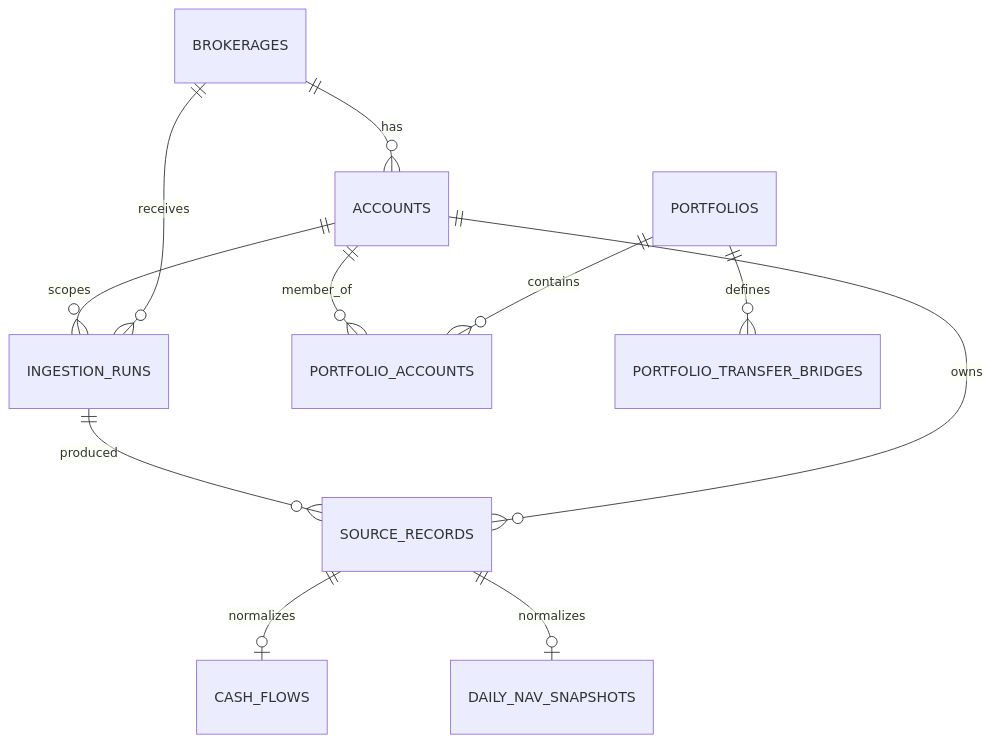
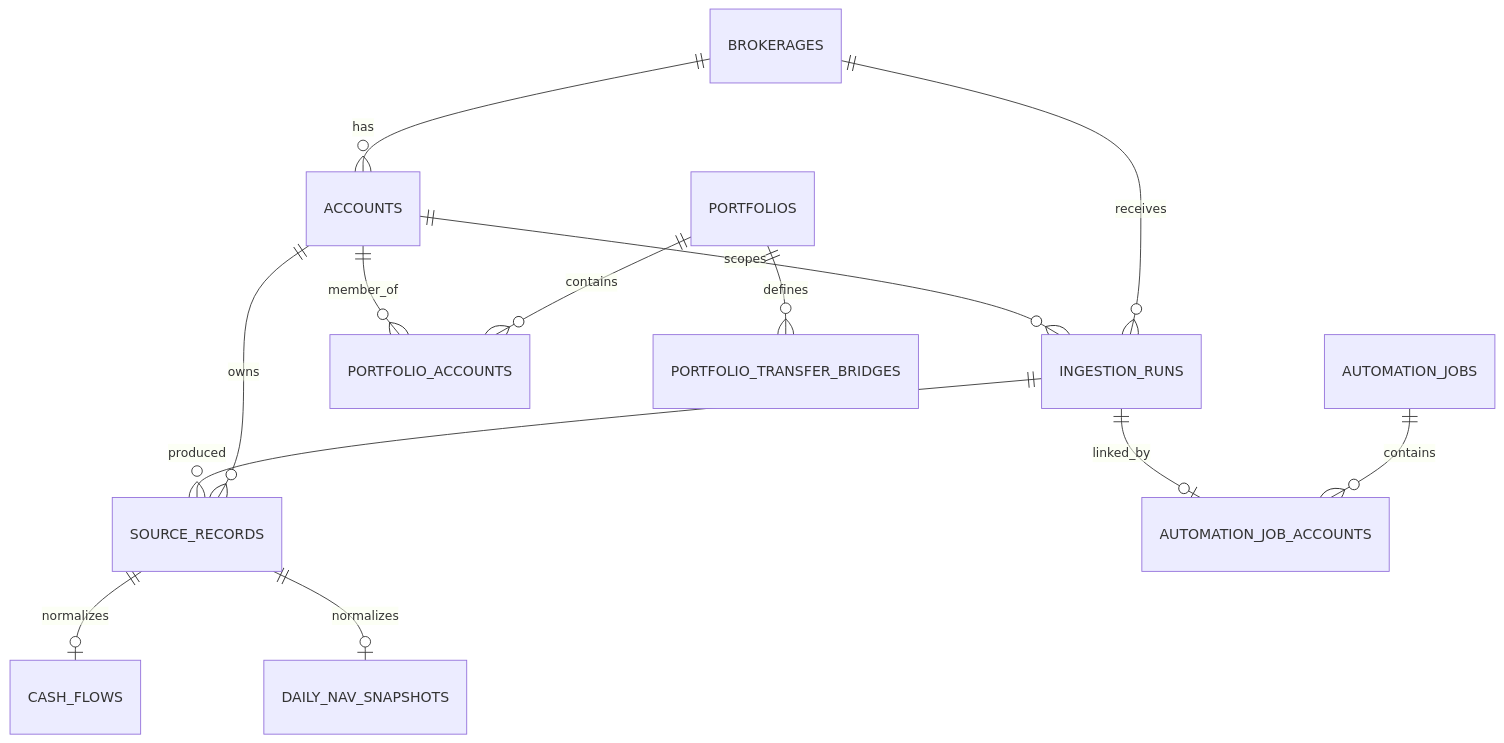
Before and after one commit to aninditkarmakar/superfolio: the diagram in docs/database/schema.md, drawn with Mermaid. The commit also changed other lines of this file and 3 other files, not shown here.

First line of the commit message:
docs: update schema, functions, and add automated-ingestion workflow doc

````diff
--- a/docs/database/schema.md
+++ b/docs/database/schema.md
@@ -7,13 +7,15 @@
 ```mermaid
 erDiagram
     BROKERAGES ||--o{ ACCOUNTS : has
     BROKERAGES ||--o{ INGESTION_RUNS : receives
     ACCOUNTS ||--o{ INGESTION_RUNS : scopes
     ACCOUNTS ||--o{ SOURCE_RECORDS : owns
     INGESTION_RUNS ||--o{ SOURCE_RECORDS : produced
     SOURCE_RECORDS ||--o| CASH_FLOWS : normalizes
     SOURCE_RECORDS ||--o| DAILY_NAV_SNAPSHOTS : normalizes
     PORTFOLIOS ||--o{ PORTFOLIO_ACCOUNTS : contains
     ACCOUNTS ||--o{ PORTFOLIO_ACCOUNTS : member_of
     PORTFOLIOS ||--o{ PORTFOLIO_TRANSFER_BRIDGES : defines
+    AUTOMATION_JOBS ||--o{ AUTOMATION_JOB_ACCOUNTS : contains
+    INGESTION_RUNS ||--o| AUTOMATION_JOB_ACCOUNTS : linked_by
 ```
````
